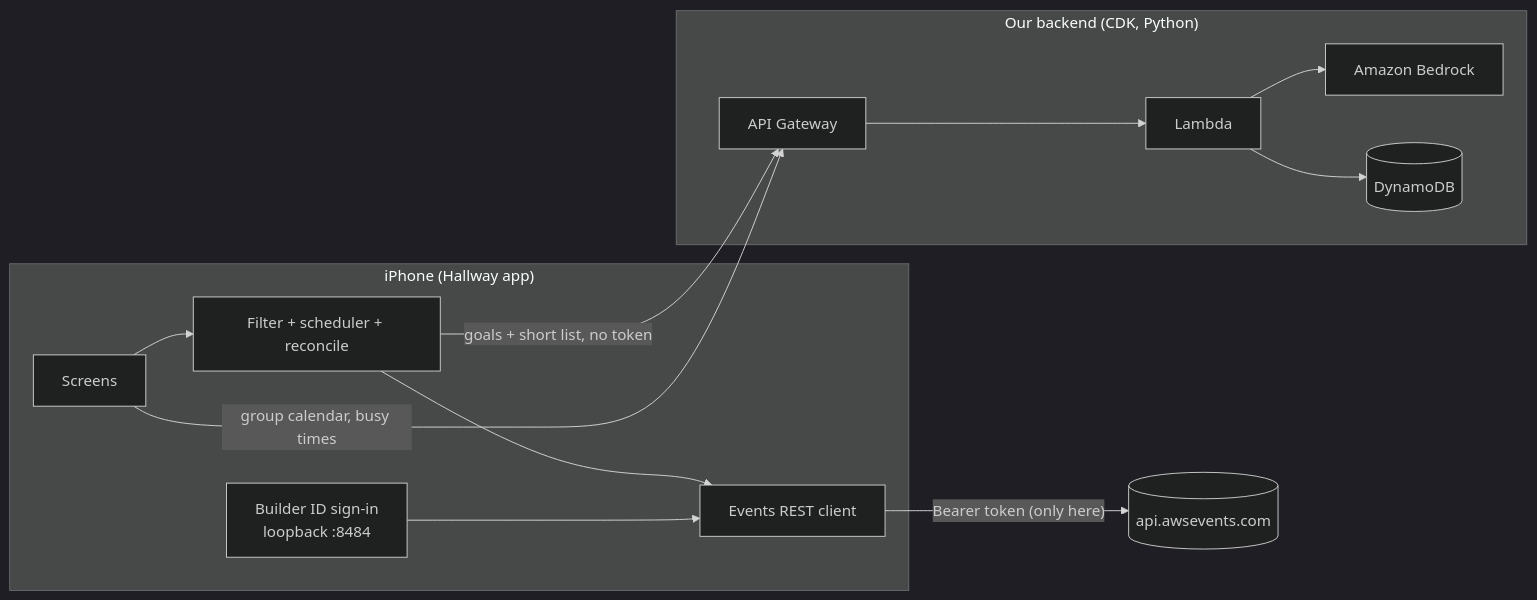
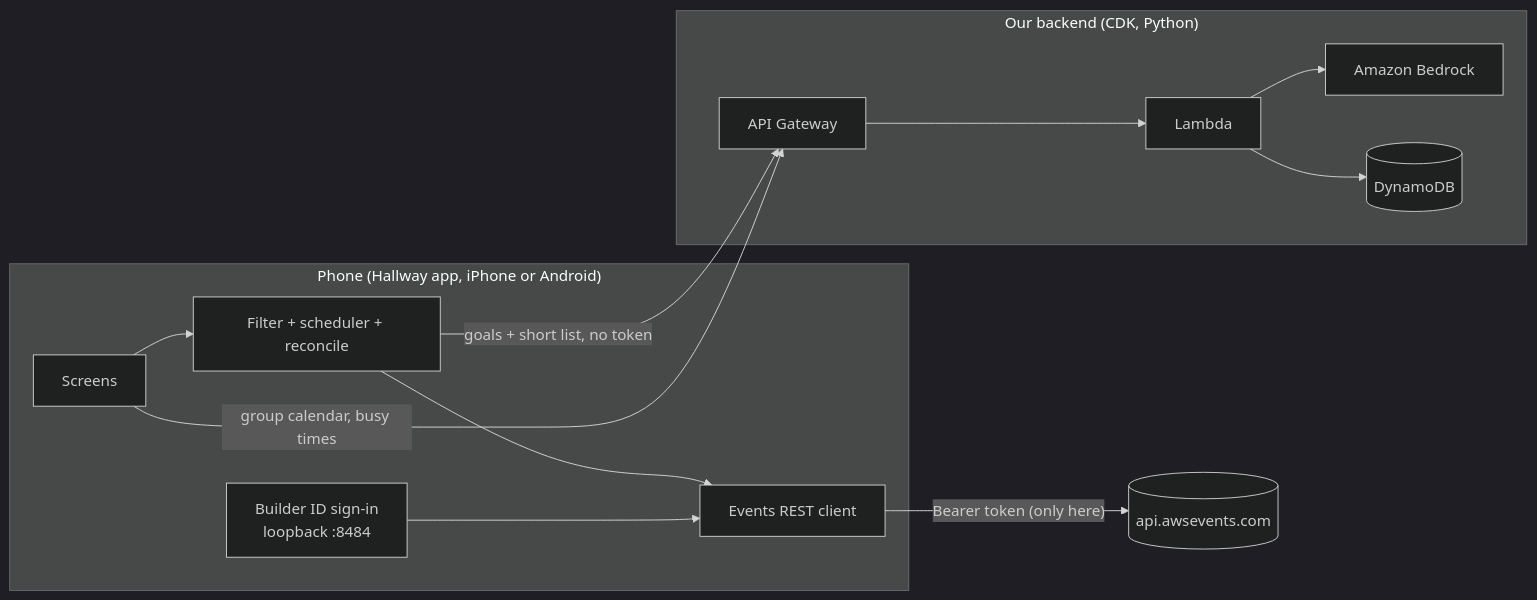
Before and after one commit to MatiSantoro/reinvent-hallway: the diagram in README.md, drawn with Mermaid (dark theme). The commit also changed other lines of this file and 1 other file, not shown here.

````diff
--- a/README.md
+++ b/README.md
@@ -31,16 +36,16 @@
 ```mermaid
 flowchart LR
-  subgraph Phone["iPhone (Hallway app)"]
+  subgraph Phone["Phone (Hallway app, iPhone or Android)"]
     UI[Screens] --> Logic[Filter + scheduler + reconcile]
     Logic --> Client[Events REST client]
     Auth[Builder ID sign-in<br/>loopback :8484] --> Client
   end
   Client -- "Bearer token (only here)" --> AWS[(api.awsevents.com)]
   Logic -- "goals + short list, no token" --> API[API Gateway]
   UI -- "group calendar, busy times" --> API
   subgraph Backend["Our backend (CDK, Python)"]
     API --> L[Lambda]
     L --> B[Amazon Bedrock]
     L --> D[(DynamoDB)]
   end
 ```
````
